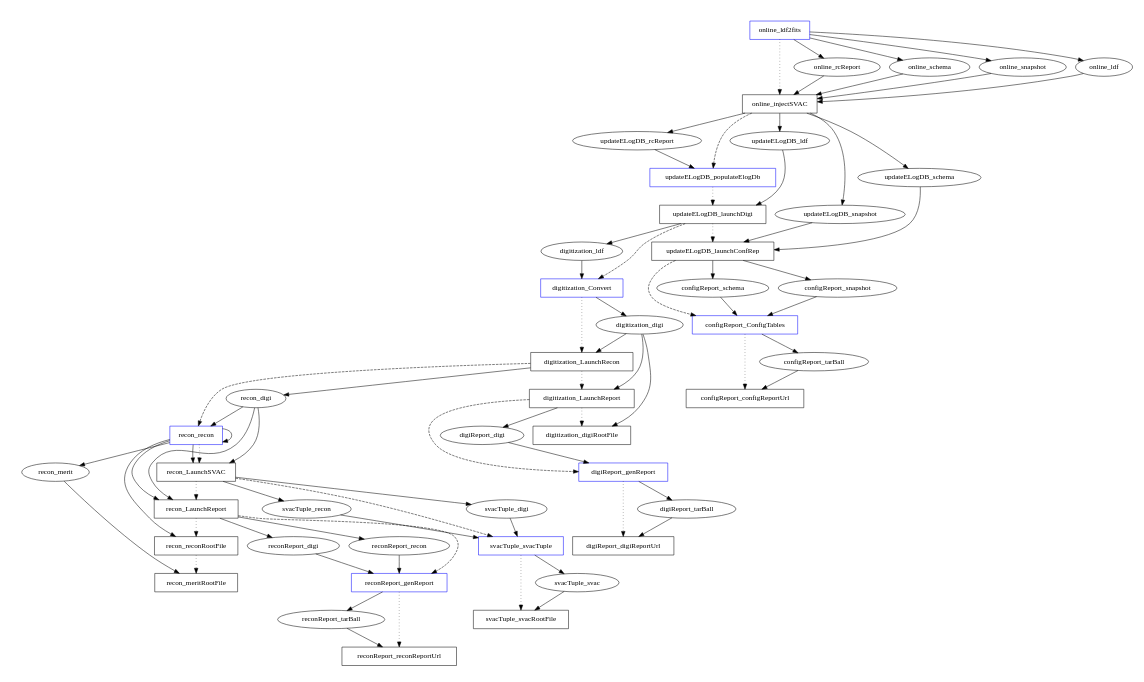
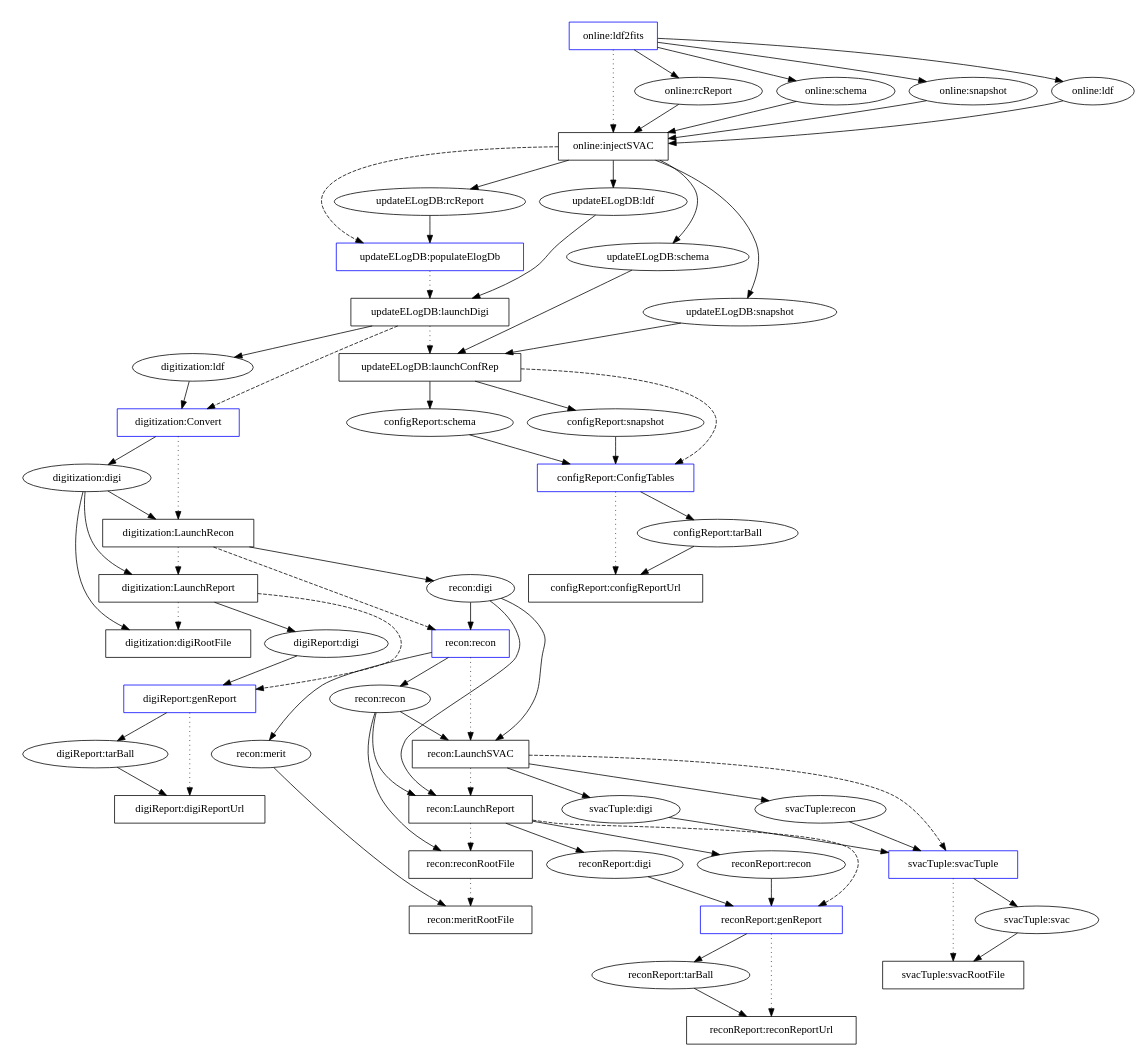
Before and after one commit to fermi-lat/svac: the diagram in svacPipeline/doc/actual-EM2-v1r0.dot, drawn with Graphviz. The commit also changed 1 other file, not shown here.

Commit message:
Added labels to actual graph.  Changed from graphics to graphicx.

```diff
--- a/svacPipeline/doc/actual-EM2-v1r0.dot
+++ b/svacPipeline/doc/actual-EM2-v1r0.dot
@@ -1,194 +1,194 @@
 digraph iAndTPipeline {
 
 #rotate=90;
 size="6,8";
 
 #### task processes
 node [shape=box];
 ####
-online_ldf2fits [color=blue];
-online_injectSVAC;
+online_ldf2fits [label="online:ldf2fits",color=blue];
+online_injectSVAC [label="online:injectSVAC"];
 #
-updateELogDB_populateElogDb [color=blue];
-updateELogDB_launchDigi;
-updateELogDB_launchConfRep;
+updateELogDB_populateElogDb [label="updateELogDB:populateElogDb",color=blue];
+updateELogDB_launchDigi [label="updateELogDB:launchDigi"];
+updateELogDB_launchConfRep [label="updateELogDB:launchConfRep"];
 #
-configReport_ConfigTables [color=blue];
-configReport_configReportUrl;
+configReport_ConfigTables [label="configReport:ConfigTables",color=blue];
+configReport_configReportUrl [label="configReport:configReportUrl"];
 #
-digitization_Convert [color=blue];
-digitization_LaunchRecon;
-digitization_LaunchReport;
-digitization_digiRootFile;
+digitization_Convert [label="digitization:Convert",color=blue];
+digitization_LaunchRecon [label="digitization:LaunchRecon"];
+digitization_LaunchReport [label="digitization:LaunchReport "];
+digitization_digiRootFile [label="digitization:digiRootFile"];
 #
-digiReport_genReport [color=blue];
-digiReport_digiReportUrl;
+digiReport_genReport [label="digiReport:genReport",color=blue];
+digiReport_digiReportUrl [label="digiReport:digiReportUrl"];
 #
-recon_recon [color=blue];
-recon_LaunchSVAC;
-recon_LaunchReport;
-recon_reconRootFile;
-recon_meritRootFile;
+recon_recon_tp [label="recon:recon",color=blue];
+recon_LaunchSVAC [label="recon:LaunchSVAC"];
+recon_LaunchReport [label="recon:LaunchReport"];
+recon_reconRootFile [label="recon:reconRootFile"];
+recon_meritRootFile [label="recon:meritRootFile"];
 #
-reconReport_genReport [color=blue];
-reconReport_reconReportUrl;
+reconReport_genReport [label="reconReport:genReport",color=blue];
+reconReport_reconReportUrl [label="reconReport:reconReportUrl"];
 #
-svacTuple_svacTuple [color=blue];
-svacTuple_svacRootFile;
+svacTuple_svacTuple [label="svacTuple:svacTuple ",color=blue];
+svacTuple_svacRootFile [label="svacTuple:svacRootFile"];
 
 #### datasets
 node [shape=ellipse];
 ####
-online_rcReport;
-updateELogDB_rcReport;
-online_schema;
-updateELogDB_schema;
-configReport_schema;
-online_snapshot;
-updateELogDB_snapshot;
-configReport_snapshot;
-online_ldf;
-updateELogDB_ldf;
-digitization_ldf;
+online_rcReport [label="online:rcReport"];
+updateELogDB_rcReport [label="updateELogDB:rcReport"];
+online_schema [label="online:schema"];
+updateELogDB_schema [label="updateELogDB:schema"];
+configReport_schema [label="configReport:schema"];
+online_snapshot [label="online:snapshot"];
+updateELogDB_snapshot [label="updateELogDB:snapshot"];
+configReport_snapshot [label="configReport:snapshot"];
+online_ldf [label="online:ldf"];
+updateELogDB_ldf [label="updateELogDB:ldf"];
+digitization_ldf [label="digitization:ldf"];
 #
-configReport_tarBall;
+configReport_tarBall [label="configReport:tarBall"];
 #
-digitization_digi;
-recon_digi;
-digiReport_digi;
-svacTuple_digi;
-reconReport_digi;
+digitization_digi [label="digitization:digi"];
+recon_digi [label="recon:digi"];
+digiReport_digi [label="digiReport:digi"];
+svacTuple_digi [label="svacTuple:digi"];
+reconReport_digi [label="reconReport:digi"];
 #
-digiReport_tarBall;
+digiReport_tarBall [label="digiReport:tarBall"];
 #
-recon_recon;
-svacTuple_recon;
-reconReport_recon;
-recon_merit;
+recon_recon_ds [label="recon:recon"];
+svacTuple_recon [label="svacTuple:recon"];
+reconReport_recon [label="reconReport:recon"];
+recon_merit [label="recon:merit"];
 #
-reconReport_tarBall;
+reconReport_tarBall [label="reconReport:tarBall"];
 #
-svacTuple_svac;
+svacTuple_svac [label="svacTuple:svac"];
 
 #### TP -> DS links
 edge [weight=10];
 ####
 online_ldf2fits -> online_rcReport;
 online_ldf2fits -> online_schema;
 online_ldf2fits -> online_snapshot;
 online_ldf2fits -> online_ldf;
 #
 online_rcReport -> online_injectSVAC;
 online_schema -> online_injectSVAC;
 online_snapshot -> online_injectSVAC;
 online_ldf -> online_injectSVAC;
 #
 online_injectSVAC -> updateELogDB_rcReport;
 online_injectSVAC -> updateELogDB_schema;
 online_injectSVAC -> updateELogDB_snapshot;
 online_injectSVAC -> updateELogDB_ldf;
 
 updateELogDB_rcReport -> updateELogDB_populateElogDb;
 #
 updateELogDB_ldf -> updateELogDB_launchDigi;
 updateELogDB_launchDigi -> digitization_ldf;
 #
 updateELogDB_schema -> updateELogDB_launchConfRep;
 updateELogDB_snapshot -> updateELogDB_launchConfRep;
 updateELogDB_launchConfRep -> configReport_schema;
 updateELogDB_launchConfRep -> configReport_snapshot;
 
 configReport_schema -> configReport_ConfigTables;
 configReport_snapshot -> configReport_ConfigTables;
 configReport_ConfigTables -> configReport_tarBall;
 #
 configReport_tarBall -> configReport_configReportUrl;
 
 digitization_ldf -> digitization_Convert;
 digitization_Convert -> digitization_digi;
 #
 digitization_digi -> digitization_LaunchRecon;
 digitization_LaunchRecon -> recon_digi;
 #
 digitization_digi -> digitization_LaunchReport;
 digitization_LaunchReport -> digiReport_digi;
 #
 digitization_digi -> digitization_digiRootFile;
 
 digiReport_digi -> digiReport_genReport;
 digiReport_genReport -> digiReport_tarBall;
 #
 digiReport_tarBall -> digiReport_digiReportUrl;
 
-recon_digi -> recon_recon;
-recon_recon -> recon_recon;
-recon_recon -> recon_merit;
+recon_digi -> recon_recon_tp;
+recon_recon_tp -> recon_recon_ds;
+recon_recon_tp -> recon_merit;
 #
-recon_recon -> recon_LaunchSVAC;
+recon_recon_ds -> recon_LaunchSVAC;
 recon_digi -> recon_LaunchSVAC;
 recon_LaunchSVAC -> svacTuple_recon;
 recon_LaunchSVAC -> svacTuple_digi;
 #
-recon_recon -> recon_LaunchReport;
+recon_recon_ds -> recon_LaunchReport;
 recon_digi -> recon_LaunchReport;
 recon_LaunchReport -> reconReport_recon;
 recon_LaunchReport -> reconReport_digi;
 #
-recon_recon -> recon_reconRootFile;
+recon_recon_ds -> recon_reconRootFile;
 #
 recon_merit -> recon_meritRootFile;
 
 reconReport_digi -> reconReport_genReport;
 reconReport_recon -> reconReport_genReport;
 reconReport_genReport -> reconReport_tarBall;
 #
 reconReport_tarBall -> reconReport_reconReportUrl;
 
 svacTuple_digi -> svacTuple_svacTuple;
 svacTuple_recon -> svacTuple_svacTuple;
 svacTuple_svacTuple -> svacTuple_svac;
 #
 svacTuple_svac -> svacTuple_svacRootFile;
 
 
 #### intratask links ####
 edge [style=dotted,weight=100];
 ####
 online_ldf2fits -> online_injectSVAC;
 #
 updateELogDB_populateElogDb -> updateELogDB_launchDigi;
 updateELogDB_launchDigi -> updateELogDB_launchConfRep;
 #
 digitization_Convert -> digitization_LaunchRecon;
 digitization_LaunchRecon -> digitization_LaunchReport;
 digitization_LaunchReport -> digitization_digiRootFile;
 #
 configReport_ConfigTables -> configReport_configReportUrl;
 #
-recon_recon -> recon_LaunchSVAC;
+recon_recon_tp -> recon_LaunchSVAC;
 recon_LaunchSVAC -> recon_LaunchReport;
 recon_LaunchReport -> recon_reconRootFile;
 recon_reconRootFile -> recon_meritRootFile;
 #
 digiReport_genReport -> digiReport_digiReportUrl;
 #
 svacTuple_svacTuple -> svacTuple_svacRootFile;
 #
 reconReport_genReport -> reconReport_reconReportUrl;
 
 
 ##### intertask links #####
 edge [style=dashed,weight=1];
 ####
 online_injectSVAC -> updateELogDB_populateElogDb;
 #
 updateELogDB_launchDigi -> digitization_Convert;
 updateELogDB_launchConfRep -> configReport_ConfigTables;
 #
-digitization_LaunchRecon -> recon_recon;
+digitization_LaunchRecon -> recon_recon_tp;
 digitization_LaunchReport -> digiReport_genReport;
 #
 recon_LaunchSVAC -> svacTuple_svacTuple;
 recon_LaunchReport -> reconReport_genReport;
 
 }
```
